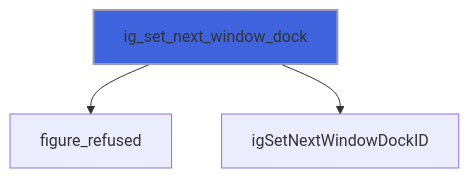
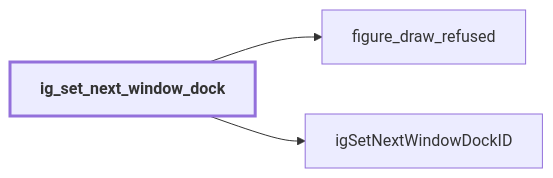
One commit to szaghi/figure changed the seventh of 9 diagrams in docs/api/src/lib/figure_dock.md. Above: the diagram before and after it, drawn with Mermaid. The commit also changed other lines of this file and 54 other files, not shown here.

````diff
--- a/docs/api/src/lib/figure_dock.md
+++ b/docs/api/src/lib/figure_dock.md
@@ -223,6 +251,9 @@
 ```mermaid
-flowchart TD
-  ig_set_next_window_dock["ig_set_next_window_dock"] --> figure_refused["figure_refused"]
+flowchart LR
+  ig_set_next_window_dock["ig_set_next_window_dock"] --> figure_draw_refused["figure_draw_refused"]
   ig_set_next_window_dock["ig_set_next_window_dock"] --> igSetNextWindowDockID["igSetNextWindowDockID"]
-  style ig_set_next_window_dock fill:#3e63dd,stroke:#99b,stroke-width:2px
+  classDef focus stroke-width:3px,font-weight:bold
+  class ig_set_next_window_dock focus
+  click figure_draw_refused href "figure_base.html#figure-draw-refused" "figure_draw_refused"
+  click igSetNextWindowDockID href "figure_cimgui.html#igsetnextwindowdockid" "igSetNextWindowDockID"
 ```
````
